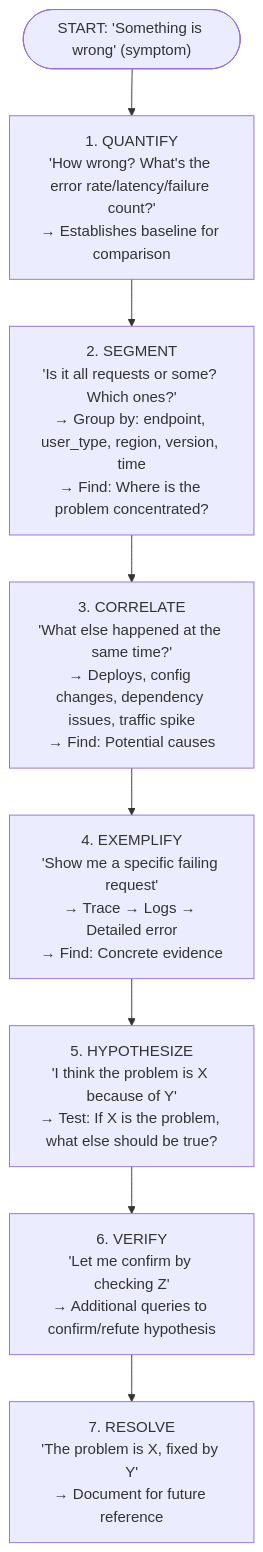
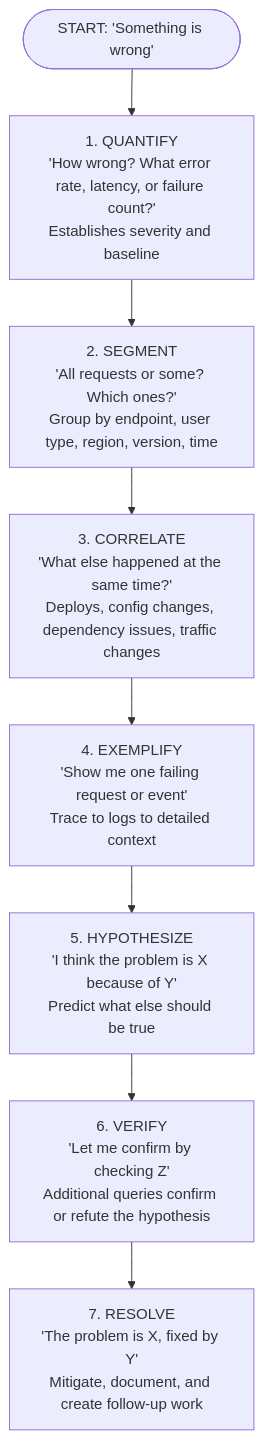
The second of 7 diagrams in src/content/docs/platform/foundations/observability-theory/module-3.4-from-data-to-insight.md (kube-dojo/kube-dojo), drawn with Mermaid before and after one commit. The commit also changed other lines of this file and 1 other file, not shown here.

````diff
--- a/src/content/docs/platform/foundations/observability-theory/module-3.4-from-data-to-insight.md
+++ b/src/content/docs/platform/foundations/observability-theory/module-3.4-from-data-to-insight.md
@@ -111,19 +100,19 @@
 ```mermaid
 flowchart TD
-    Start(["START: 'Something is wrong' (symptom)"])
-    Q1["1. QUANTIFY<br>'How wrong? What's the error rate/latency/failure count?'<br>→ Establishes baseline for comparison"]
-    Q2["2. SEGMENT<br>'Is it all requests or some? Which ones?'<br>→ Group by: endpoint, user_type, region, version, time<br>→ Find: Where is the problem concentrated?"]
-    Q3["3. CORRELATE<br>'What else happened at the same time?'<br>→ Deploys, config changes, dependency issues, traffic spike<br>→ Find: Potential causes"]
-    Q4["4. EXEMPLIFY<br>'Show me a specific failing request'<br>→ Trace → Logs → Detailed error<br>→ Find: Concrete evidence"]
-    Q5["5. HYPOTHESIZE<br>'I think the problem is X because of Y'<br>→ Test: If X is the problem, what else should be true?"]
-    Q6["6. VERIFY<br>'Let me confirm by checking Z'<br>→ Additional queries to confirm/refute hypothesis"]
-    Q7["7. RESOLVE<br>'The problem is X, fixed by Y'<br>→ Document for future reference"]
+    Start(["START: 'Something is wrong'"])
+    Q1["1. QUANTIFY<br>'How wrong? What error rate, latency, or failure count?'<br>Establishes severity and baseline"]
+    Q2["2. SEGMENT<br>'All requests or some? Which ones?'<br>Group by endpoint, user type, region, version, time"]
+    Q3["3. CORRELATE<br>'What else happened at the same time?'<br>Deploys, config changes, dependency issues, traffic changes"]
+    Q4["4. EXEMPLIFY<br>'Show me one failing request or event'<br>Trace to logs to detailed context"]
+    Q5["5. HYPOTHESIZE<br>'I think the problem is X because of Y'<br>Predict what else should be true"]
+    Q6["6. VERIFY<br>'Let me confirm by checking Z'<br>Additional queries confirm or refute the hypothesis"]
+    Q7["7. RESOLVE<br>'The problem is X, fixed by Y'<br>Mitigate, document, and create follow-up work"]
 
     Start --> Q1
     Q1 --> Q2
     Q2 --> Q3
     Q3 --> Q4
     Q4 --> Q5
     Q5 --> Q6
     Q6 --> Q7
 ```
````
